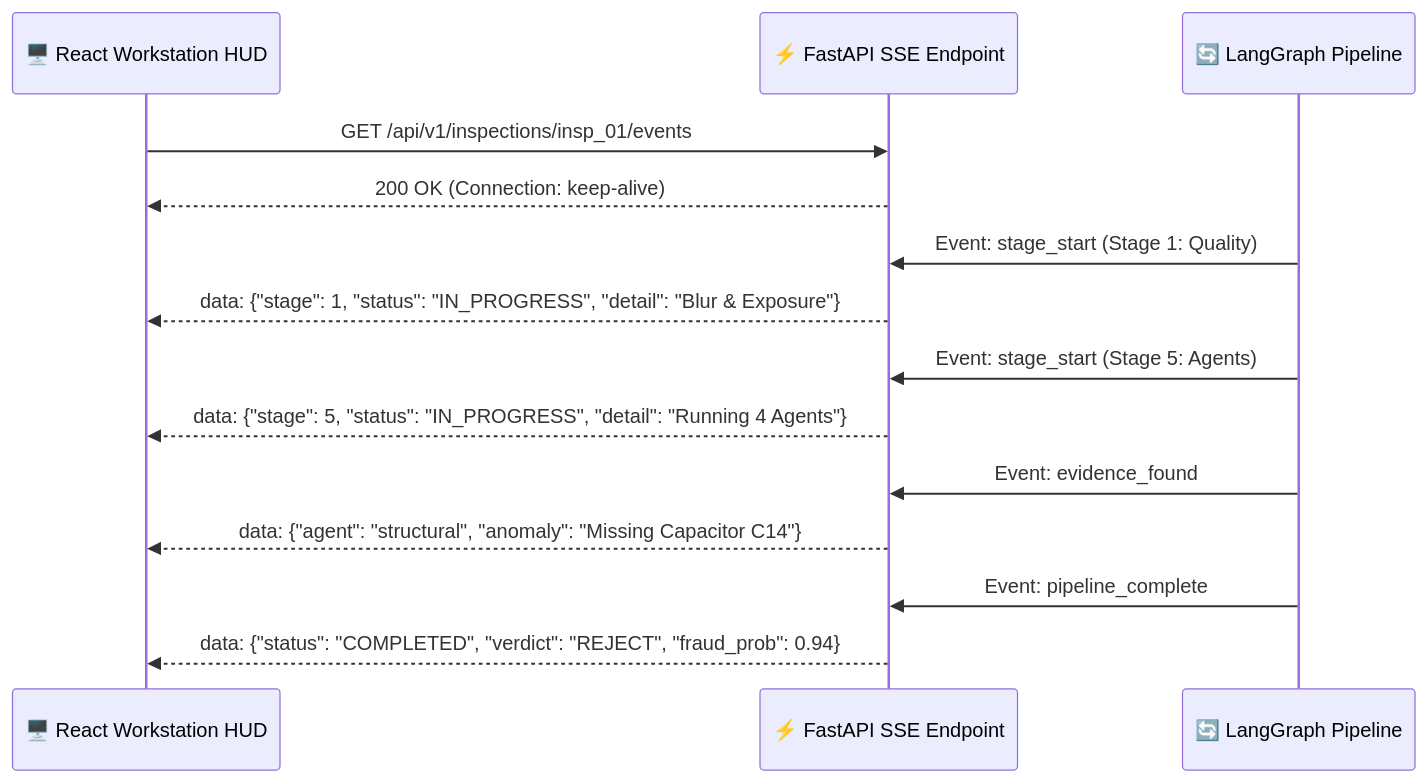
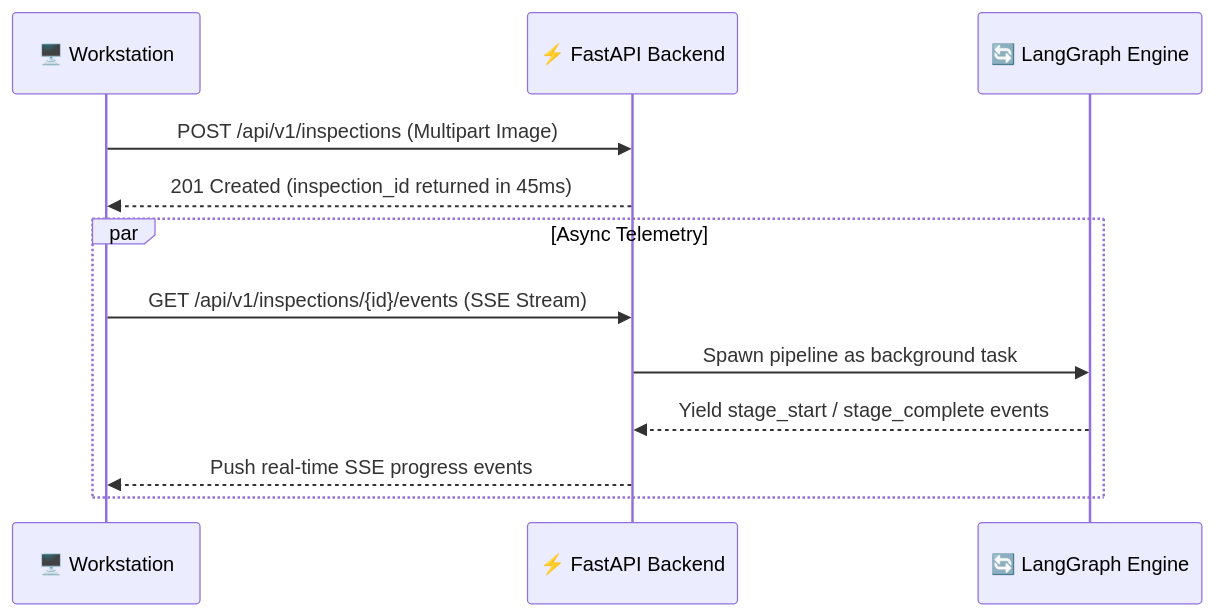
Before and after one commit to Disha-1610/VisionForge: the diagram in docs/API.md, drawn with Mermaid. The commit also changed other lines of this file and 12 other files, not shown here.

Commit message:
docs: upgrade full documentation suite with technical depth, story arcs, engineering decisions, and Mermaid diagrams

````diff
--- a/docs/API.md
+++ b/docs/API.md
@@ -254,21 +38,16 @@
 ```mermaid
 sequenceDiagram
-    participant UI as 🖥️ React Workstation HUD
-    participant SSE as ⚡ FastAPI SSE Endpoint
-    participant Engine as 🔄 LangGraph Pipeline
+    participant UI as 🖥️ Workstation
+    participant API as ⚡ FastAPI Backend
+    participant Graph as 🔄 LangGraph Engine
 
-    UI->>SSE: GET /api/v1/inspections/insp_01/events
-    SSE-->>UI: 200 OK (Connection: keep-alive)
-
-    Engine->>SSE: Event: stage_start (Stage 1: Quality)
-    SSE-->>UI: data: {"stage": 1, "status": "IN_PROGRESS", "detail": "Blur & Exposure"}
-
-    Engine->>SSE: Event: stage_start (Stage 5: Agents)
-    SSE-->>UI: data: {"stage": 5, "status": "IN_PROGRESS", "detail": "Running 4 Agents"}
-
-    Engine->>SSE: Event: evidence_found
-    SSE-->>UI: data: {"agent": "structural", "anomaly": "Missing Capacitor C14"}
-
-    Engine->>SSE: Event: pipeline_complete
-    SSE-->>UI: data: {"status": "COMPLETED", "verdict": "REJECT", "fraud_prob": 0.94}
+    UI->>API: POST /api/v1/inspections (Multipart Image)
+    API-->>UI: 201 Created (inspection_id returned in 45ms)
+    
+    par Async Telemetry
+        UI->>API: GET /api/v1/inspections/{id}/events (SSE Stream)
+        API->>Graph: Spawn pipeline as background task
+        Graph-->>API: Yield stage_start / stage_complete events
+        API-->>UI: Push real-time SSE progress events
+    end
 ```
````
